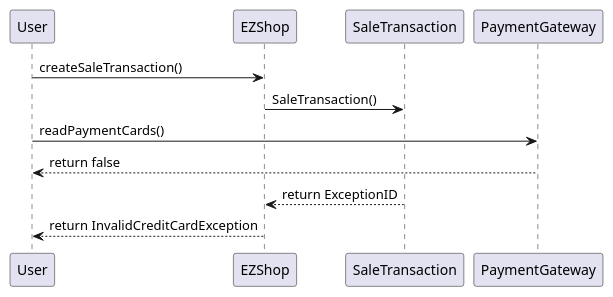
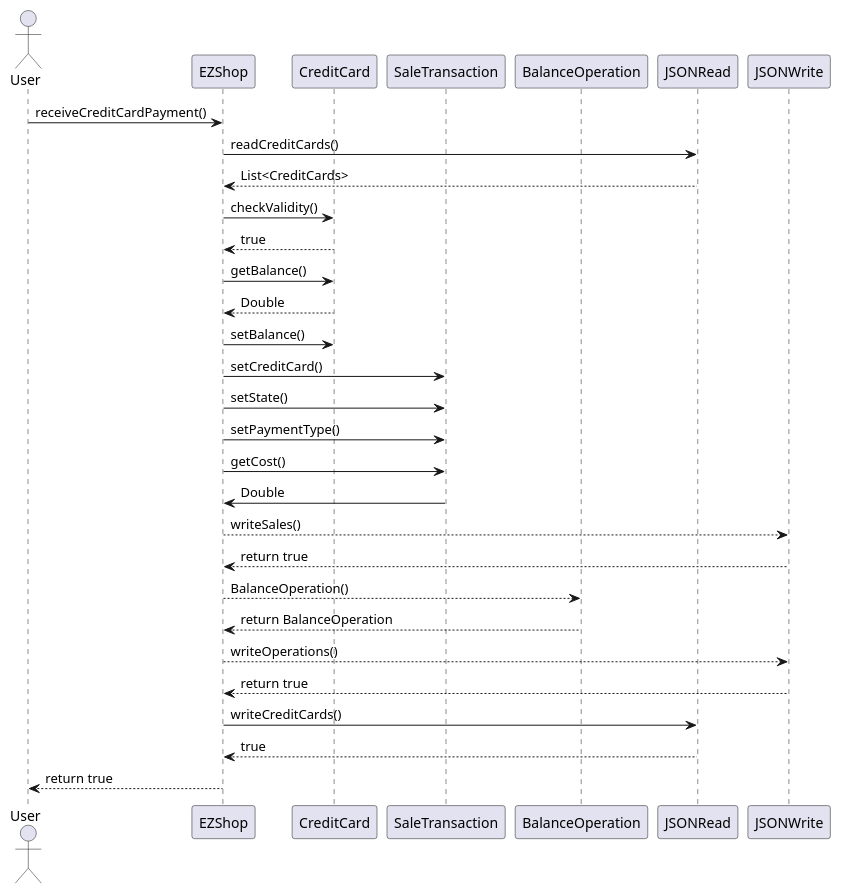
Diagram 17 of 21 in Deliverables/DesignDocument.md (giuseppesalvi/ezshop), drawn with PlantUML before and after one commit. The commit also changed other lines of this file, not shown here.

Commit message:
Update DesignDocument.md: sequence diagrams

````diff
--- a/Deliverables/DesignDocument.md
+++ b/Deliverables/DesignDocument.md
@@ -543,14 +551,31 @@
 ```plantuml
 @startuml
-participant User
+actor User
 participant EZShop
+participant CreditCard
 participant SaleTransaction
-participant PaymentGateway
-User -> EZShop : createSaleTransaction()
-EZShop -> SaleTransaction : SaleTransaction()
-User -> PaymentGateway : readPaymentCards()
-User <-- PaymentGateway : return false
-EZShop <-- SaleTransaction : return ExceptionID
-User <-- EZShop : return InvalidCreditCardException
+participant BalanceOperation
+User -> EZShop : receiveCreditCardPayment()
+EZShop -> JSONRead : readCreditCards()
+EZShop <-- JSONRead : List<CreditCards>
+EZShop -> CreditCard : checkValidity()
+EZShop <-- CreditCard : true
+EZShop -> CreditCard : getBalance()
+EZShop <-- CreditCard : Double
+EZShop -> CreditCard : setBalance()
+EZShop -> SaleTransaction : setCreditCard()
+EZShop -> SaleTransaction : setState()
+EZShop -> SaleTransaction : setPaymentType()
+EZShop -> SaleTransaction : getCost()
+EZShop <- SaleTransaction : Double
+EZShop --> JSONWrite : writeSales()
+EZShop <-- JSONWrite : return true
+EZShop --> BalanceOperation : BalanceOperation()
+EZShop <-- BalanceOperation : return BalanceOperation
+EZShop --> JSONWrite : writeOperations()
+EZShop <-- JSONWrite : return true
+EZShop -> JSONRead : writeCreditCards()
+EZShop <-- JSONRead : true
+User <-- EZShop : return true
 @enduml
 ```
````
